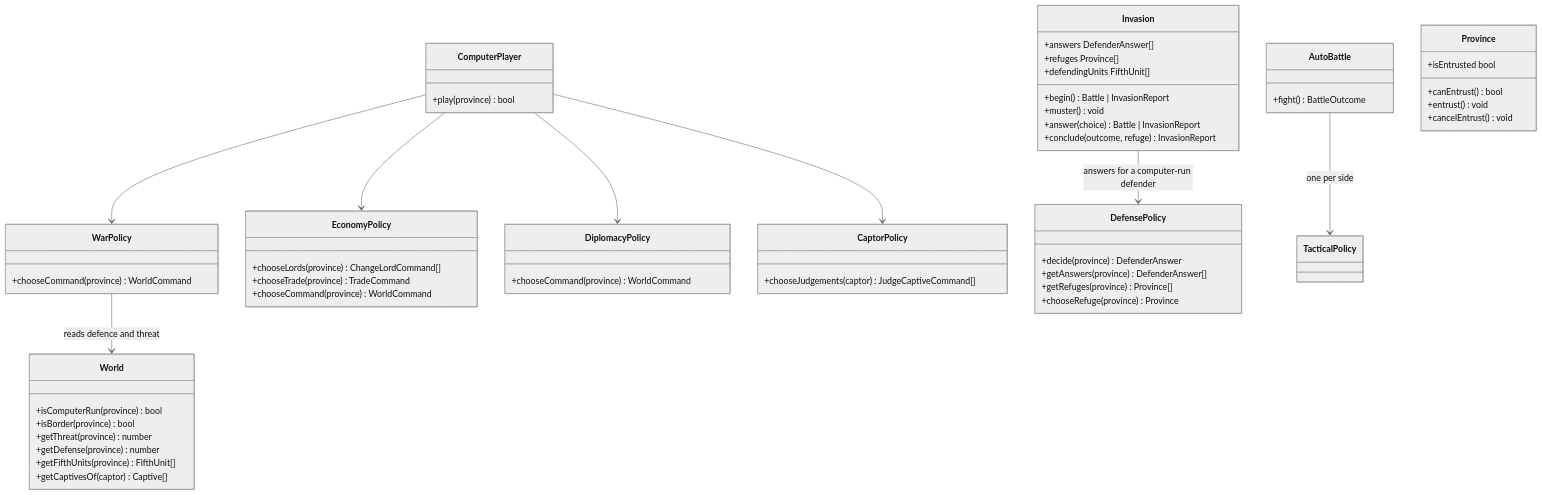
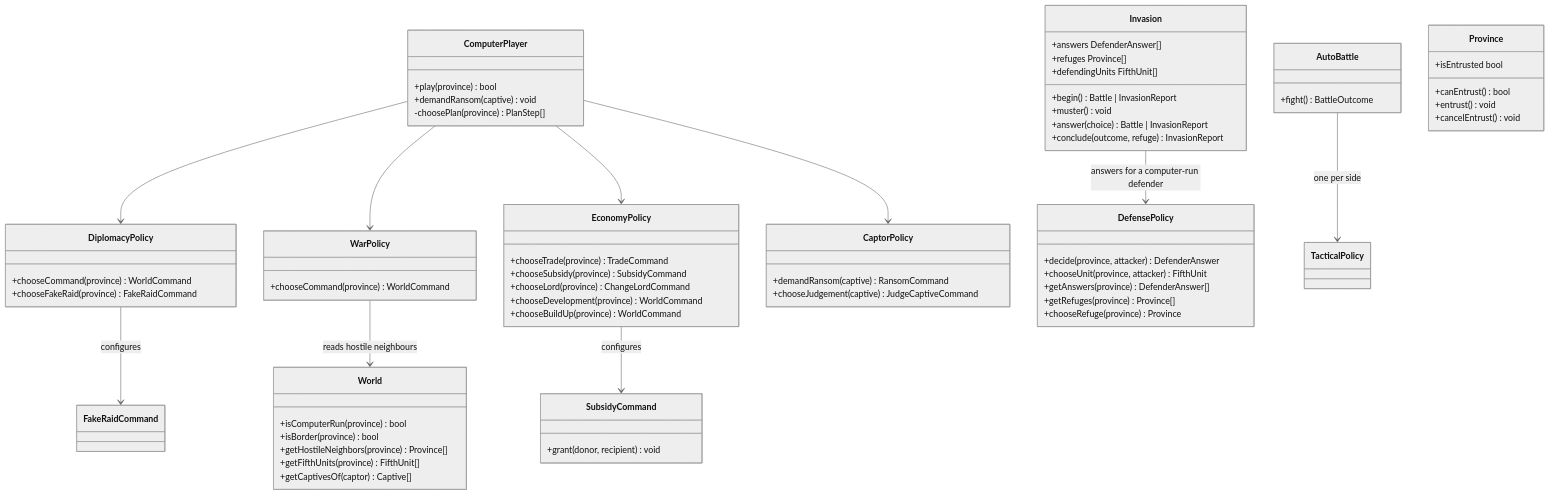
Before and after one commit to pslotinsky/kunstkamera: the second of 4 diagrams in gemstorm/docs/design/12-strategic-ai.md, drawn with Mermaid (neutral theme). The commit also changed other lines of this file and 19 other files, not shown here.

````diff
--- a/gemstorm/docs/design/12-strategic-ai.md
+++ b/gemstorm/docs/design/12-strategic-ai.md
@@ -193,59 +205,71 @@
 ```mermaid
 classDiagram
   class ComputerPlayer {
     +play(province) bool
+    +demandRansom(captive) void
+    -choosePlan(province) PlanStep[]
   }
   class WarPolicy {
     +chooseCommand(province) WorldCommand
   }
   class EconomyPolicy {
-    +chooseLords(province) ChangeLordCommand[]
     +chooseTrade(province) TradeCommand
-    +chooseCommand(province) WorldCommand
+    +chooseSubsidy(province) SubsidyCommand
+    +chooseLord(province) ChangeLordCommand
+    +chooseDevelopment(province) WorldCommand
+    +chooseBuildUp(province) WorldCommand
   }
   class DiplomacyPolicy {
     +chooseCommand(province) WorldCommand
+    +chooseFakeRaid(province) FakeRaidCommand
   }
   class CaptorPolicy {
-    +chooseJudgements(captor) JudgeCaptiveCommand[]
+    +demandRansom(captive) RansomCommand
+    +chooseJudgement(captive) JudgeCaptiveCommand
   }
+  class SubsidyCommand {
+    +grant(donor, recipient) void
+  }
+  class FakeRaidCommand
   class AutoBattle {
     +fight() BattleOutcome
   }
   class Invasion {
     +answers DefenderAnswer[]
     +refuges Province[]
     +defendingUnits FifthUnit[]
     +begin() Battle | InvasionReport
     +muster() void
     +answer(choice) Battle | InvasionReport
     +conclude(outcome, refuge) InvasionReport
   }
   class DefensePolicy {
-    +decide(province) DefenderAnswer
+    +decide(province, attacker) DefenderAnswer
+    +chooseUnit(province, attacker) FifthUnit
     +getAnswers(province) DefenderAnswer[]
     +getRefuges(province) Province[]
     +chooseRefuge(province) Province
   }
   class Province {
     +isEntrusted bool
     +canEntrust() bool
     +entrust() void
     +cancelEntrust() void
   }
   class World {
     +isComputerRun(province) bool
     +isBorder(province) bool
-    +getThreat(province) number
-    +getDefense(province) number
+    +getHostileNeighbors(province) Province[]
     +getFifthUnits(province) FifthUnit[]
     +getCaptivesOf(captor) Captive[]
   }
   ComputerPlayer --> DiplomacyPolicy
   ComputerPlayer --> WarPolicy
   ComputerPlayer --> EconomyPolicy
   ComputerPlayer --> CaptorPolicy
-  WarPolicy --> World : reads defence and threat
+  EconomyPolicy --> SubsidyCommand : configures
+  DiplomacyPolicy --> FakeRaidCommand : configures
+  WarPolicy --> World : reads hostile neighbours
   Invasion --> DefensePolicy : answers for a computer-run defender
   AutoBattle --> TacticalPolicy : one per side
 ```
````
